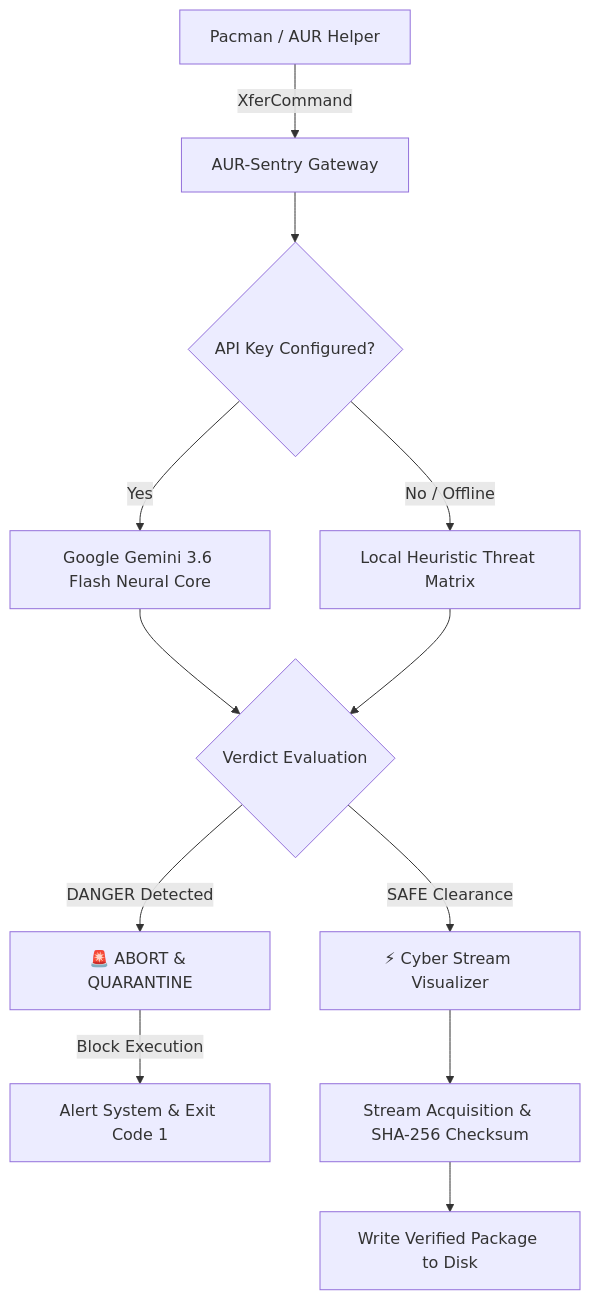
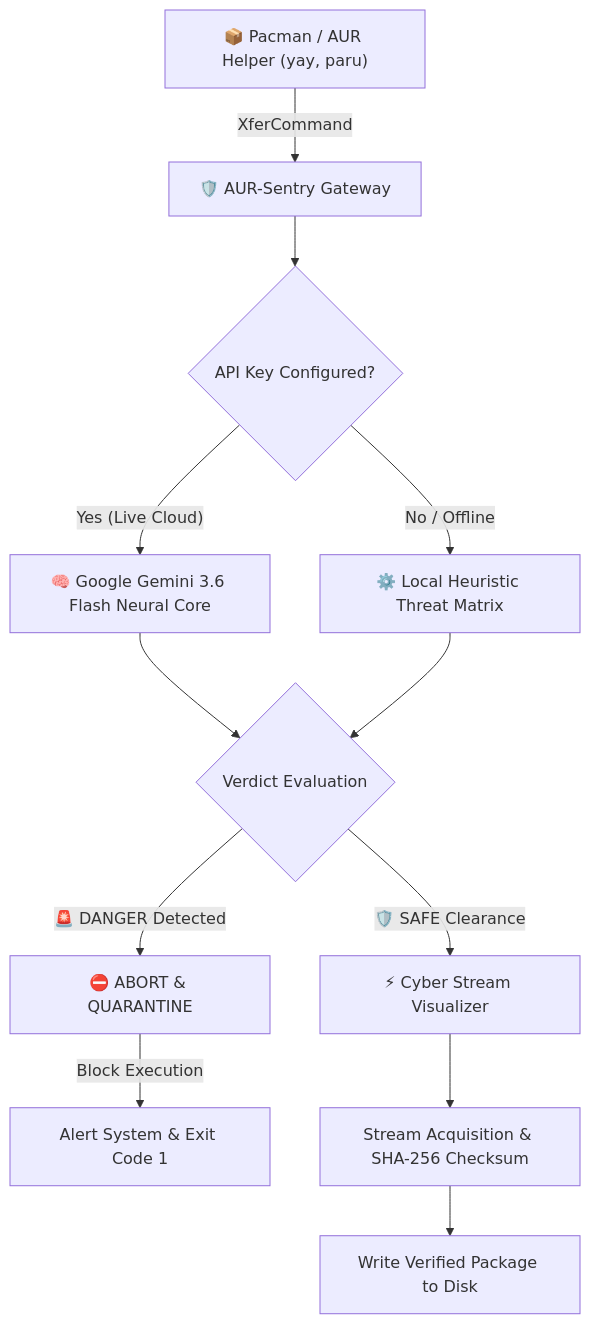
One commit to Arunachalam-gojosaturo/aur-sentry changed the diagram in README.md. Above: the diagram before and after it, drawn with Mermaid. The commit also changed other lines of this file and 2 other files, not shown here.

Commit message:
feat(aur): prepare PKGBUILD, aur-sentry.install, and updated docs for AUR release

````diff
--- a/README.md
+++ b/README.md
@@ -54,18 +57,18 @@
 ```mermaid
 flowchart TD
-    A[Pacman / AUR Helper] -->|XferCommand| B[AUR-Sentry Gateway]
-    B --> C{API Key Configured?}
+    A["📦 Pacman / AUR Helper (yay, paru)"] -->|"XferCommand"| B["🛡️ AUR-Sentry Gateway"]
+    B --> C{"API Key Configured?"}
     
-    C -->|Yes| D[Google Gemini 3.6 Flash Neural Core]
-    C -->|No / Offline| E[Local Heuristic Threat Matrix]
+    C -->|"Yes (Live Cloud)"| D["🧠 Google Gemini 3.6 Flash Neural Core"]
+    C -->|"No / Offline"| E["⚙️ Local Heuristic Threat Matrix"]
     
-    D --> F{Verdict Evaluation}
+    D --> F{"Verdict Evaluation"}
     E --> F
     
-    F -->|DANGER Detected| G[🚨 ABORT & QUARANTINE]
-    G -->|Block Execution| H[Alert System & Exit Code 1]
+    F -->|"🚨 DANGER Detected"| G["⛔ ABORT & QUARANTINE"]
+    G -->|"Block Execution"| H["Alert System & Exit Code 1"]
     
-    F -->|SAFE Clearance| I[⚡ Cyber Stream Visualizer]
-    I --> J[Stream Acquisition & SHA-256 Checksum]
-    J --> K[Write Verified Package to Disk]
+    F -->|"🛡️ SAFE Clearance"| I["⚡ Cyber Stream Visualizer"]
+    I --> J["Stream Acquisition & SHA-256 Checksum"]
+    J --> K["Write Verified Package to Disk"]
 ```
````
